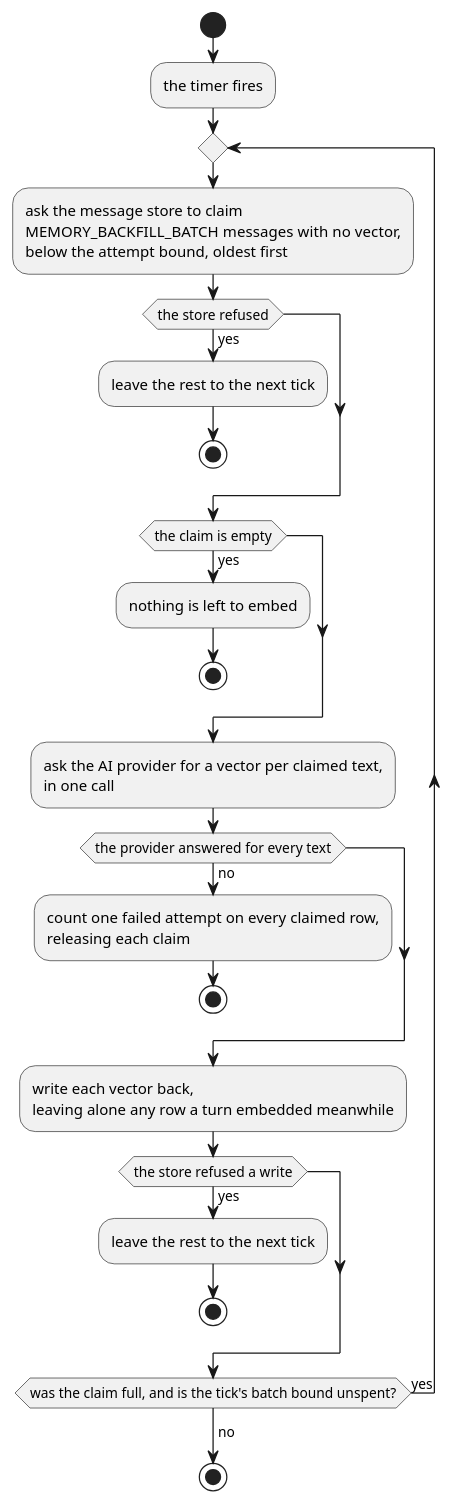
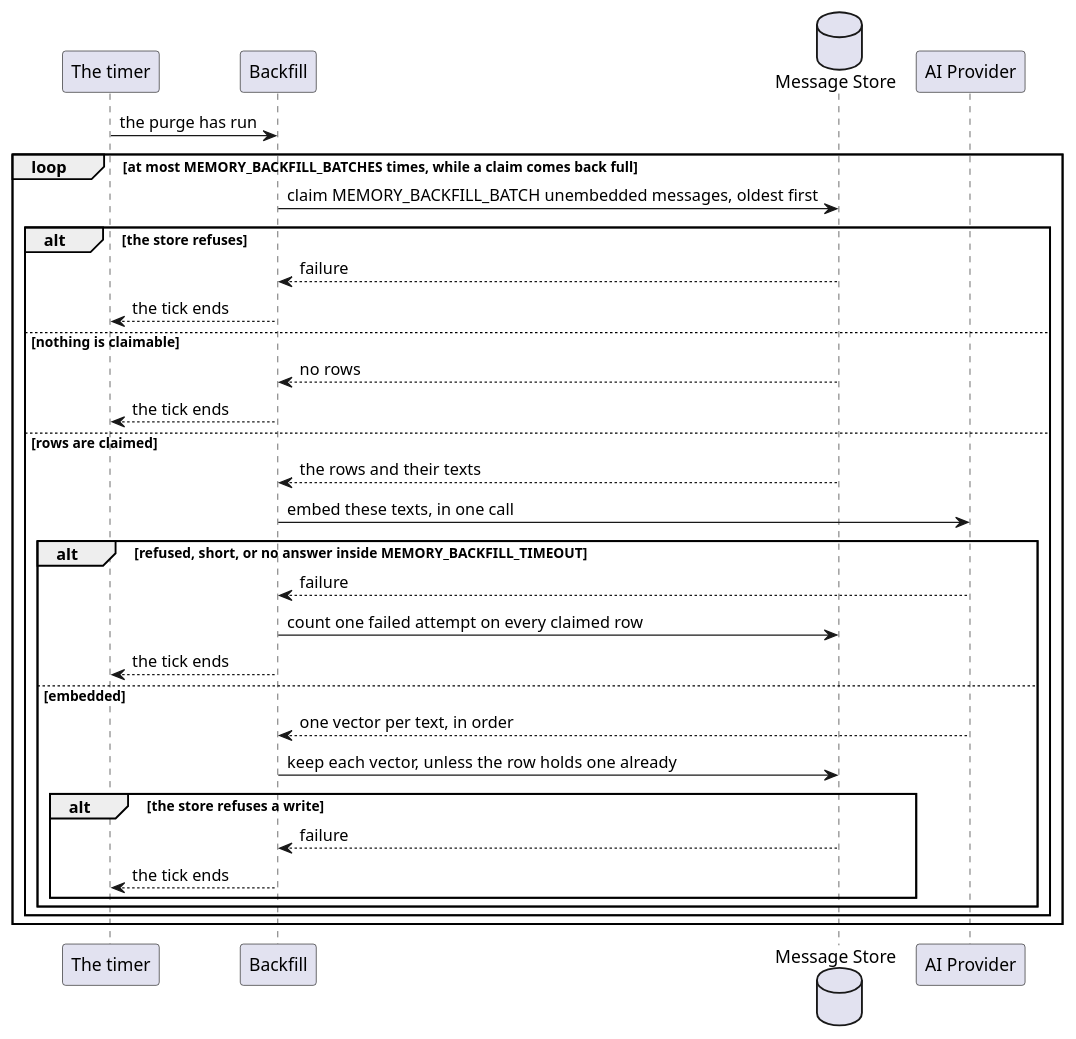
One commit to ds-usova/finance-bot changed the second of 2 diagrams in ai-connector-service/docs/usecases/backfill-embeddings.md. Above: the diagram before and after it, drawn with PlantUML. The commit also changed 1 other file, not shown here.

Commit message:
Documentation: the backfill's flow is an exchange, and a domain page's form is written down

````diff
--- a/ai-connector-service/docs/usecases/backfill-embeddings.md
+++ b/ai-connector-service/docs/usecases/backfill-embeddings.md
@@ -88,34 +88,39 @@
 ```plantuml
-@startuml BackfillEmbeddings-Activity
-start
-:the timer fires;
-repeat
-  :ask the message store to claim
-MEMORY_BACKFILL_BATCH messages with no vector,
-below the attempt bound, oldest first;
-  if (the store refused) then (yes)
-    :leave the rest to the next tick;
-    stop
-  endif
-  if (the claim is empty) then (yes)
-    :nothing is left to embed;
-    stop
-  endif
-  :ask the AI provider for a vector per claimed text,
-in one call;
-  if (the provider answered for every text) then (no)
-    :count one failed attempt on every claimed row,
-releasing each claim;
-    stop
-  endif
-  :write each vector back,
-leaving alone any row a turn embedded meanwhile;
-  if (the store refused a write) then (yes)
-    :leave the rest to the next tick;
-    stop
-  endif
-repeat while (was the claim full, and is the tick's batch bound unspent?) is (yes)
-->no;
-stop
+@startuml BackfillEmbeddings-Sequence
+participant "The timer" as Timer
+participant "Backfill" as Backfill
+database "Message Store" as Store
+participant "AI Provider" as Provider
+
+Timer -> Backfill : the purge has run
+
+loop at most MEMORY_BACKFILL_BATCHES times, while a claim comes back full
+    Backfill -> Store : claim MEMORY_BACKFILL_BATCH unembedded messages, oldest first
+
+    alt the store refuses
+        Store --> Backfill : failure
+        Backfill --> Timer : the tick ends
+    else nothing is claimable
+        Store --> Backfill : no rows
+        Backfill --> Timer : the tick ends
+    else rows are claimed
+        Store --> Backfill : the rows and their texts
+        Backfill -> Provider : embed these texts, in one call
+
+        alt refused, short, or no answer inside MEMORY_BACKFILL_TIMEOUT
+            Provider --> Backfill : failure
+            Backfill -> Store : count one failed attempt on every claimed row
+            Backfill --> Timer : the tick ends
+        else embedded
+            Provider --> Backfill : one vector per text, in order
+            Backfill -> Store : keep each vector, unless the row holds one already
+
+            alt the store refuses a write
+                Store --> Backfill : failure
+                Backfill --> Timer : the tick ends
+            end
+        end
+    end
+end
 @enduml
 ```
````
